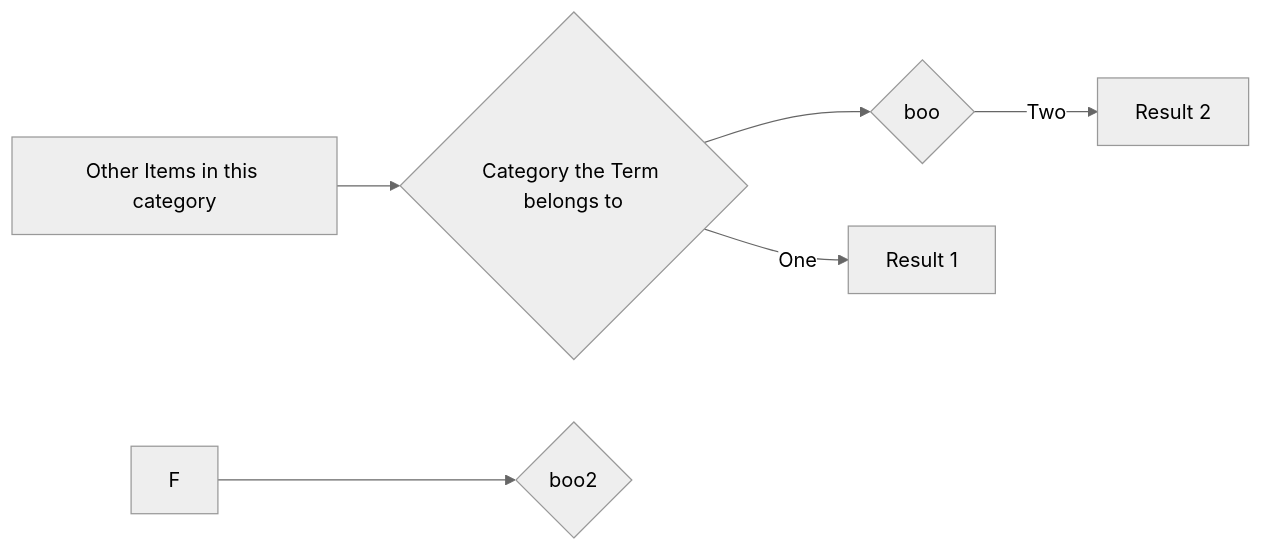
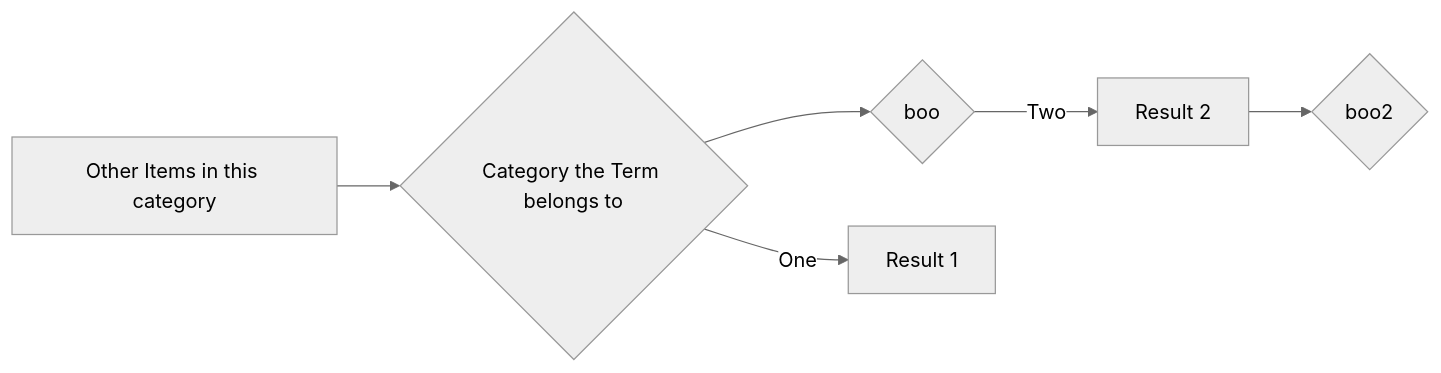
One commit to gerbssusd/dok changed the diagram in slides.md. Above: the diagram before and after it, drawn with Mermaid (neutral theme).

````diff
--- a/slides.md
+++ b/slides.md
@@ -217,11 +217,11 @@
 ```mermaid {theme: 'neutral', scale: 0.8}
 graph LR
 A[Other Items in this category] --> B{Category the Term belongs to} --> C{boo} 
 B -->|One| D[Result 1]
 C -->|Two| E[Result 2]
-F --> G{boo2}
+ --> G{boo2}
 
 
 
 
 ```
````
